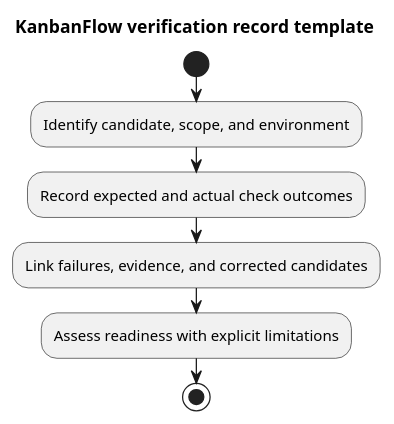
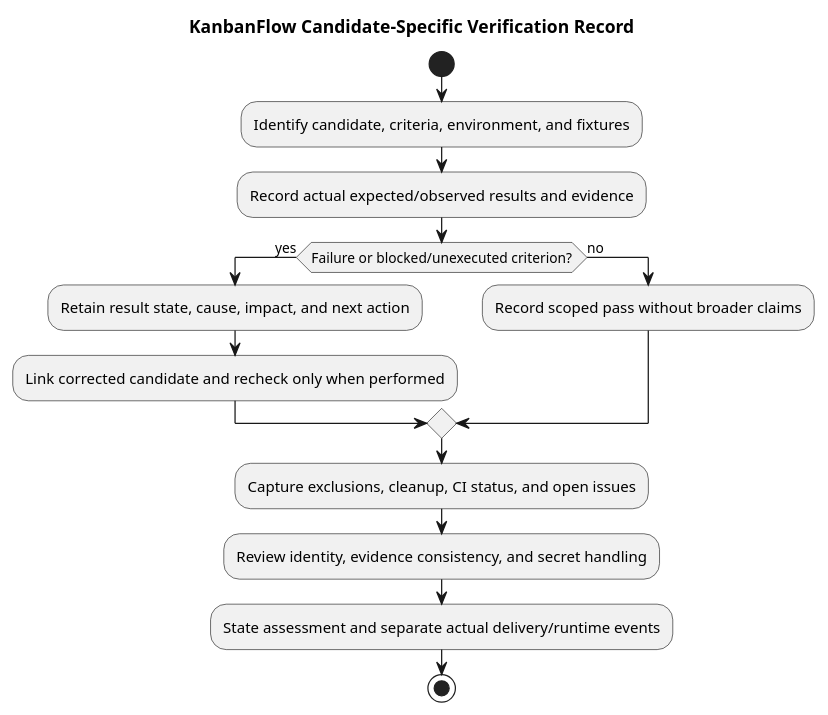
One commit to Farhad-Valizadegan/Web-KanbanFlow changed the diagram in docs/SDLC/06-testing/diagrams/verification-record-template.puml. Above: the diagram before and after it, drawn with PlantUML. The commit also changed 2 other files, not shown here.

Commit message:
docs: complete verification record fields and result guidance

```diff
--- a/docs/SDLC/06-testing/diagrams/verification-record-template.puml
+++ b/docs/SDLC/06-testing/diagrams/verification-record-template.puml
@@ -1,9 +1,16 @@
 @startuml
-title KanbanFlow verification record template
+title KanbanFlow Candidate-Specific Verification Record
 start
-:Identify candidate, scope, and environment;
-:Record expected and actual check outcomes;
-:Link failures, evidence, and corrected candidates;
-:Assess readiness with explicit limitations;
+:Identify candidate, criteria, environment, and fixtures;
+:Record actual expected/observed results and evidence;
+if (Failure or blocked/unexecuted criterion?) then (yes)
+ :Retain result state, cause, impact, and next action;
+ :Link corrected candidate and recheck only when performed;
+else (no)
+ :Record scoped pass without broader claims;
+endif
+:Capture exclusions, cleanup, CI status, and open issues;
+:Review identity, evidence consistency, and secret handling;
+:State assessment and separate actual delivery/runtime events;
 stop
 @enduml
```
